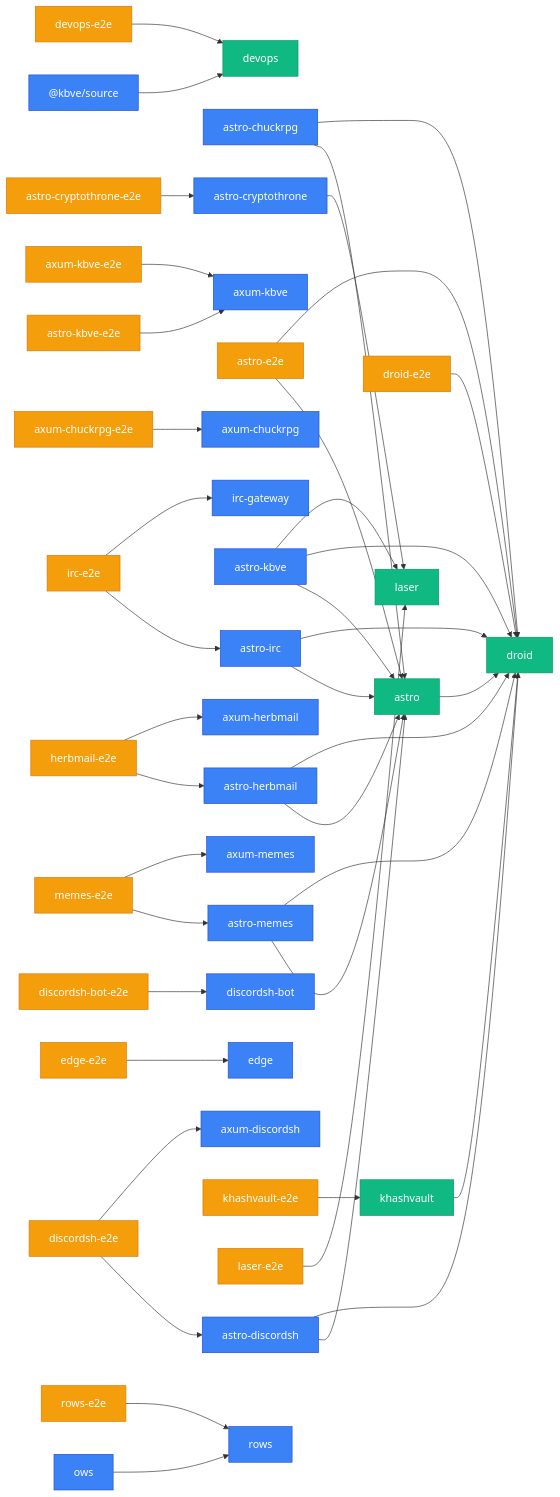
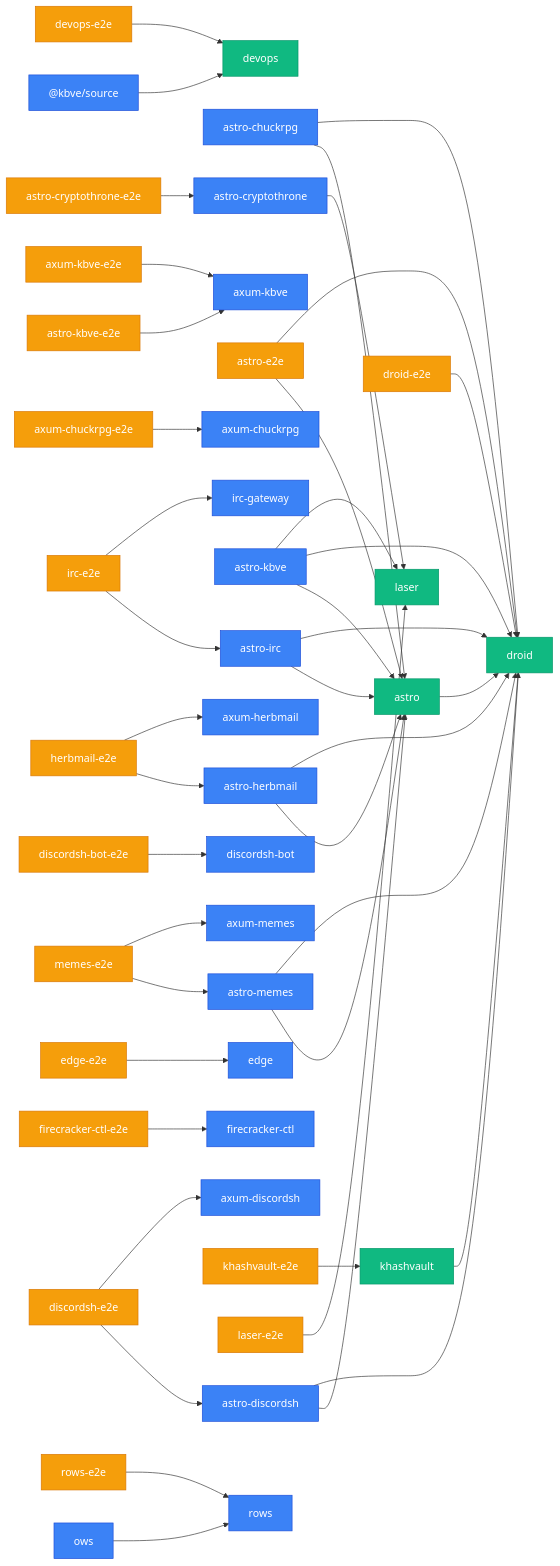
The third of 3 diagrams in apps/kbve/astro-kbve/src/content/docs/dashboard/graph.mdx (KBVE/kbve), drawn with Mermaid before and after one commit. The commit also changed other lines of this file and 8 other files, not shown here.

````diff
--- a/apps/kbve/astro-kbve/src/content/docs/dashboard/graph.mdx
+++ b/apps/kbve/astro-kbve/src/content/docs/dashboard/graph.mdx
@@ -79,48 +79,49 @@
 ```mermaid
 graph LR
     classDef app fill:#3b82f6,stroke:#1d4ed8,color:#fff
     classDef lib fill:#10b981,stroke:#059669,color:#fff
     classDef e2e fill:#f59e0b,stroke:#d97706,color:#fff
     _kbve_source["@kbve/source"] --> devops["devops"]
     astro["astro"] --> droid["droid"]
     astro_chuckrpg["astro-chuckrpg"] --> astro["astro"]
     astro_chuckrpg["astro-chuckrpg"] --> droid["droid"]
     astro_cryptothrone["astro-cryptothrone"] --> laser["laser"]
     astro_cryptothrone_e2e["astro-cryptothrone-e2e"] --> astro_cryptothrone["astro-cryptothrone"]
     astro_discordsh["astro-discordsh"] --> astro["astro"]
     astro_discordsh["astro-discordsh"] --> droid["droid"]
     astro_e2e["astro-e2e"] --> astro["astro"]
     astro_e2e["astro-e2e"] --> droid["droid"]
     astro_herbmail["astro-herbmail"] --> astro["astro"]
     astro_herbmail["astro-herbmail"] --> droid["droid"]
     astro_irc["astro-irc"] --> astro["astro"]
     astro_irc["astro-irc"] --> droid["droid"]
     astro_kbve["astro-kbve"] --> astro["astro"]
     astro_kbve["astro-kbve"] --> droid["droid"]
     astro_kbve["astro-kbve"] --> laser["laser"]
     astro_kbve_e2e["astro-kbve-e2e"] --> axum_kbve["axum-kbve"]
     astro_memes["astro-memes"] --> astro["astro"]
     astro_memes["astro-memes"] --> droid["droid"]
     axum_chuckrpg_e2e["axum-chuckrpg-e2e"] --> axum_chuckrpg["axum-chuckrpg"]
     axum_kbve_e2e["axum-kbve-e2e"] --> axum_kbve["axum-kbve"]
     devops_e2e["devops-e2e"] --> devops["devops"]
     discordsh_bot_e2e["discordsh-bot-e2e"] --> discordsh_bot["discordsh-bot"]
     discordsh_e2e["discordsh-e2e"] --> astro_discordsh["astro-discordsh"]
     discordsh_e2e["discordsh-e2e"] --> axum_discordsh["axum-discordsh"]
     droid_e2e["droid-e2e"] --> droid["droid"]
     edge_e2e["edge-e2e"] --> edge["edge"]
+    firecracker_ctl_e2e["firecracker-ctl-e2e"] --> firecracker_ctl["firecracker-ctl"]
     herbmail_e2e["herbmail-e2e"] --> astro_herbmail["astro-herbmail"]
     herbmail_e2e["herbmail-e2e"] --> axum_herbmail["axum-herbmail"]
     irc_e2e["irc-e2e"] --> astro_irc["astro-irc"]
     irc_e2e["irc-e2e"] --> irc_gateway["irc-gateway"]
     khashvault["khashvault"] --> droid["droid"]
     khashvault_e2e["khashvault-e2e"] --> khashvault["khashvault"]
     laser_e2e["laser-e2e"] --> laser["laser"]
     memes_e2e["memes-e2e"] --> astro_memes["astro-memes"]
     memes_e2e["memes-e2e"] --> axum_memes["axum-memes"]
     ows["ows"] --> rows["rows"]
     rows_e2e["rows-e2e"] --> rows["rows"]
-    class _kbve_source,angelscript,astro_chuckrpg,astro_cryptothrone,astro_discordsh,astro_herbmail,astro_irc,astro_kbve,astro_memes,axum_chuckrpg,axum_cryptothrone,axum_discordsh,axum_herbmail,axum_kbve,axum_memes,cryptothrone,desktop_kbve,discordsh,discordsh_bot,edge,firecracker_ctl,herbmail,irc,irc_gateway,isometric,kilobase,memes,notification_bot,ows,pydesk,rows app
+    class _kbve_source,angelscript,astro_chuckrpg,astro_cryptothrone,astro_discordsh,astro_herbmail,astro_irc,astro_kbve,astro_memes,axum_chuckrpg,axum_cryptothrone,axum_discordsh,axum_herbmail,axum_kbve,axum_memes,cryptothrone,desktop_kbve,discordsh,discordsh_bot,edge,firecracker_ctl,herbmail,irc,irc_gateway,isometric,kilobase,mc,memes,notification_bot,ows,pydesk,rows app
     class astro,bevy_battle,bevy_cam,bevy_inventory,bevy_items,bevy_kbve_net,bevy_mapdb,bevy_npc,bevy_player,bevy_quests,bevy_skills,bevy_statemachine,bevy_tasker,chisel_ubuntu_axum,data_proto,devops,droid,erust,holy,jedi,kbve,khashvault,laser,python_fudster,python_kbve,q lib
-    class astro_cryptothrone_e2e,astro_e2e,astro_kbve_e2e,axum_chuckrpg_e2e,axum_kbve_e2e,devops_e2e,discordsh_bot_e2e,discordsh_e2e,droid_e2e,edge_e2e,herbmail_e2e,irc_e2e,khashvault_e2e,laser_e2e,memes_e2e,rows_e2e e2e
+    class astro_cryptothrone_e2e,astro_e2e,astro_kbve_e2e,axum_chuckrpg_e2e,axum_kbve_e2e,devops_e2e,discordsh_bot_e2e,discordsh_e2e,droid_e2e,edge_e2e,firecracker_ctl_e2e,herbmail_e2e,irc_e2e,khashvault_e2e,laser_e2e,memes_e2e,rows_e2e e2e
 ```
````
